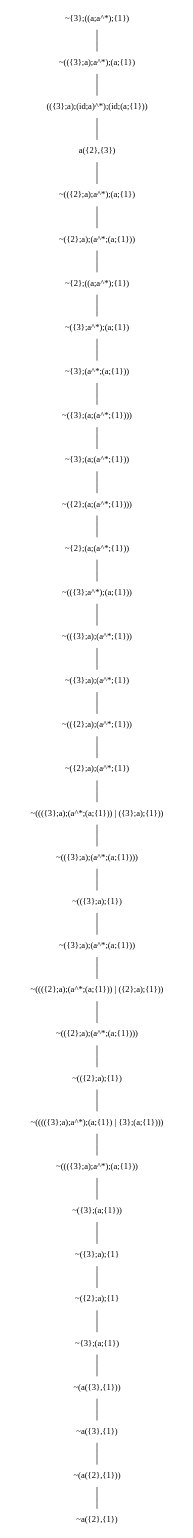
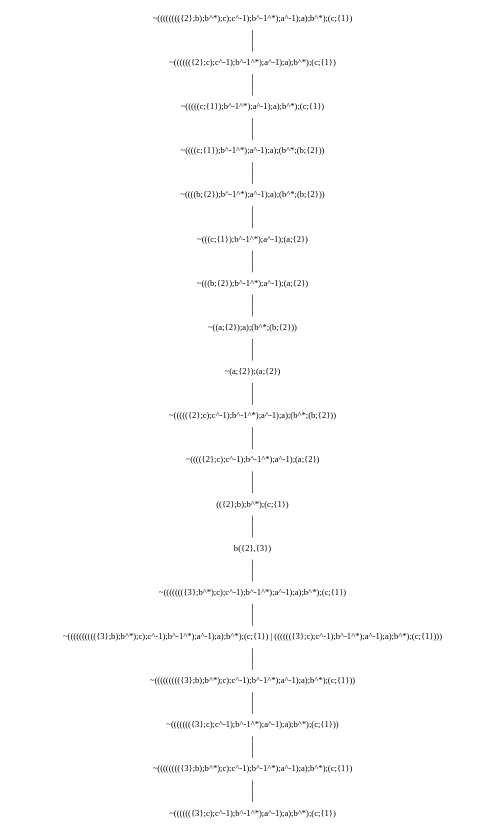
The diagram in output/infinite-debug.dot (jangreen/rat), drawn with Graphviz before and after one commit. The commit also changed 13 other files, not shown here.

```diff
--- a/output/infinite-debug.dot
+++ b/output/infinite-debug.dot
@@ -1,72 +1,40 @@
 graph {
 node[shape="plaintext"]
-N0x14f71bf70[label="~{3};((a;a^*);{1})"];
-N0x14f71c1e0[label="~(({3};a);a^*);(a;{1})"];
-N0x14f71c4f0[label="(({3};a);(id;a)^*);(id;(a;{1}))"];
-N0x14f71c940[label="a({2},{3})"];
-N0x14f71ca60[label="~(({2};a);a^*);(a;{1})"];
-N0x14f71cdb0[label="~({2};a);(a^*;(a;{1}))"];
-N0x14f71d0c0[label="~{2};((a;a^*);{1})"];
-N0x14f71b160[label="~({3};a^*);(a;{1})"];
-N0x15090ca20[label="~{3};(a^*;(a;{1}))"];
-N0x15090cb20[label="~({3};(a;(a^*;{1})))"];
-N0x15090cff0[label="~{3};(a;(a^*;{1}))"];
-N0x15090cbe0[label="~({2};(a;(a^*;{1})))"];
-N0x15090d570[label="~{2};(a;(a^*;{1}))"];
-N0x15090d2c0[label="~(({3};a^*);(a;{1}))"];
-N0x14f6226f0[label="~(({3};a);(a^*;{1}))"];
-N0x14f622c70[label="~({3};a);(a^*;{1})"];
-N0x14f6229c0[label="~(({2};a);(a^*;{1}))"];
-N0x14f6231b0[label="~({2};a);(a^*;{1})"];
-N0x14f623610[label="~((({3};a);(a^*;(a;{1})) | ({3};a);{1}))"];
-N0x14f623970[label="~(({3};a);(a^*;(a;{1})))"];
-N0x14f624080[label="~(({3};a);{1})"];
-N0x14f623020[label="~({3};a);(a^*;(a;{1}))"];
-N0x14f624780[label="~((({2};a);(a^*;(a;{1})) | ({2};a);{1}))"];
-N0x14f624390[label="~(({2};a);(a^*;(a;{1})))"];
-N0x14f624dc0[label="~(({2};a);{1})"];
-N0x150805bd0[label="~(((({3};a);a^*);(a;{1}) | {3};(a;{1})))"];
-N0x150805f20[label="~((({3};a);a^*);(a;{1}))"];
-N0x150806ad0[label="~({3};(a;{1}))"];
-N0x14f623c60[label="~({3};a);{1}"];
-N0x14f6249d0[label="~({2};a);{1}"];
-N0x14f624b80[label="~{3};(a;{1})"];
-N0x14f624a10[label="~(a({3},{1}))"];
-N0x14f624e00[label="~a({3},{1})"];
-N0x15090d3f0[label="~(a({2},{1}))"];
-N0x15090d4d0[label="~a({2},{1})"];
-N0x15090d3f0 -- N0x15090d4d0;
-N0x14f624e00 -- N0x15090d3f0;
-N0x14f624a10 -- N0x14f624e00;
-N0x14f624b80 -- N0x14f624a10;
-N0x14f6249d0 -- N0x14f624b80;
-N0x14f623c60 -- N0x14f6249d0;
-N0x150806ad0 -- N0x14f623c60;
-N0x150805f20 -- N0x150806ad0;
-N0x150805bd0 -- N0x150805f20;
-N0x14f624dc0 -- N0x150805bd0;
-N0x14f624390 -- N0x14f624dc0;
-N0x14f624780 -- N0x14f624390;
-N0x14f623020 -- N0x14f624780;
-N0x14f624080 -- N0x14f623020;
-N0x14f623970 -- N0x14f624080;
-N0x14f623610 -- N0x14f623970;
-N0x14f6231b0 -- N0x14f623610;
-N0x14f6229c0 -- N0x14f6231b0;
-N0x14f622c70 -- N0x14f6229c0;
-N0x14f6226f0 -- N0x14f622c70;
-N0x15090d2c0 -- N0x14f6226f0;
-N0x15090d570 -- N0x15090d2c0;
-N0x15090cbe0 -- N0x15090d570;
-N0x15090cff0 -- N0x15090cbe0;
-N0x15090cb20 -- N0x15090cff0;
-N0x15090ca20 -- N0x15090cb20;
-N0x14f71b160 -- N0x15090ca20;
-N0x14f71d0c0 -- N0x14f71b160;
-N0x14f71cdb0 -- N0x14f71d0c0;
-N0x14f71ca60 -- N0x14f71cdb0;
-N0x14f71c940 -- N0x14f71ca60;
-N0x14f71c4f0 -- N0x14f71c940;
-N0x14f71c1e0 -- N0x14f71c4f0;
-N0x14f71bf70 -- N0x14f71c1e0;
+N0x13ae54c80[label="~(((((((({2};b);b^*);c);c^-1);b^-1^*);a^-1);a);b^*);(c;{1})"];
+N0x13ae55450[label="~(((((({2};c);c^-1);b^-1^*);a^-1);a);b^*);(c;{1})"];
+N0x13ae55ac0[label="~(((((c;{1});b^-1^*);a^-1);a);b^*);(c;{1})"];
+N0x13ae56060[label="~((((c;{1});b^-1^*);a^-1);a);(b^*;(b;{2}))"];
+N0x13ae566a0[label="~((((b;{2});b^-1^*);a^-1);a);(b^*;(b;{2}))"];
+N0x13ae56c90[label="~(((c;{1});b^-1^*);a^-1);(a;{2})"];
+N0x13ae57020[label="~(((b;{2});b^-1^*);a^-1);(a;{2})"];
+N0x13ae57440[label="~((a;{2});a);(b^*;(b;{2}))"];
+N0x13ae57810[label="~(a;{2});(a;{2})"];
+N0x13ae56b90[label="~((((({2};c);c^-1);b^-1^*);a^-1);a);(b^*;(b;{2}))"];
+N0x13ae58190[label="~(((({2};c);c^-1);b^-1^*);a^-1);(a;{2})"];
+N0x13ae58690[label="(({2};b);b^*);(c;{1})"];
+N0x13ae58940[label="b({2},{3})"];
+N0x13ae52110[label="~((((((({3};b^*);c);c^-1);b^-1^*);a^-1);a);b^*);(c;{1})"];
+N0x13ae53450[label="~(((((((((({3};b);b^*);c);c^-1);b^-1^*);a^-1);a);b^*);(c;{1}) | (((((({3};c);c^-1);b^-1^*);a^-1);a);b^*);(c;{1})))"];
+N0x13ae541f0[label="~((((((((({3};b);b^*);c);c^-1);b^-1^*);a^-1);a);b^*);(c;{1}))"];
+N0x13ae58ee0[label="~((((((({3};c);c^-1);b^-1^*);a^-1);a);b^*);(c;{1}))"];
+N0x13ae53940[label="~(((((((({3};b);b^*);c);c^-1);b^-1^*);a^-1);a);b^*);(c;{1})"];
+N0x13ae549b0[label="~(((((({3};c);c^-1);b^-1^*);a^-1);a);b^*);(c;{1})"];
+N0x13ae53940 -- N0x13ae549b0;
+N0x13ae58ee0 -- N0x13ae53940;
+N0x13ae541f0 -- N0x13ae58ee0;
+N0x13ae53450 -- N0x13ae541f0;
+N0x13ae52110 -- N0x13ae53450;
+N0x13ae58940 -- N0x13ae52110;
+N0x13ae58690 -- N0x13ae58940;
+N0x13ae58190 -- N0x13ae58690;
+N0x13ae56b90 -- N0x13ae58190;
+N0x13ae57810 -- N0x13ae56b90;
+N0x13ae57440 -- N0x13ae57810;
+N0x13ae57020 -- N0x13ae57440;
+N0x13ae56c90 -- N0x13ae57020;
+N0x13ae566a0 -- N0x13ae56c90;
+N0x13ae56060 -- N0x13ae566a0;
+N0x13ae55ac0 -- N0x13ae56060;
+N0x13ae55450 -- N0x13ae55ac0;
+N0x13ae54c80 -- N0x13ae55450;
 }
```
